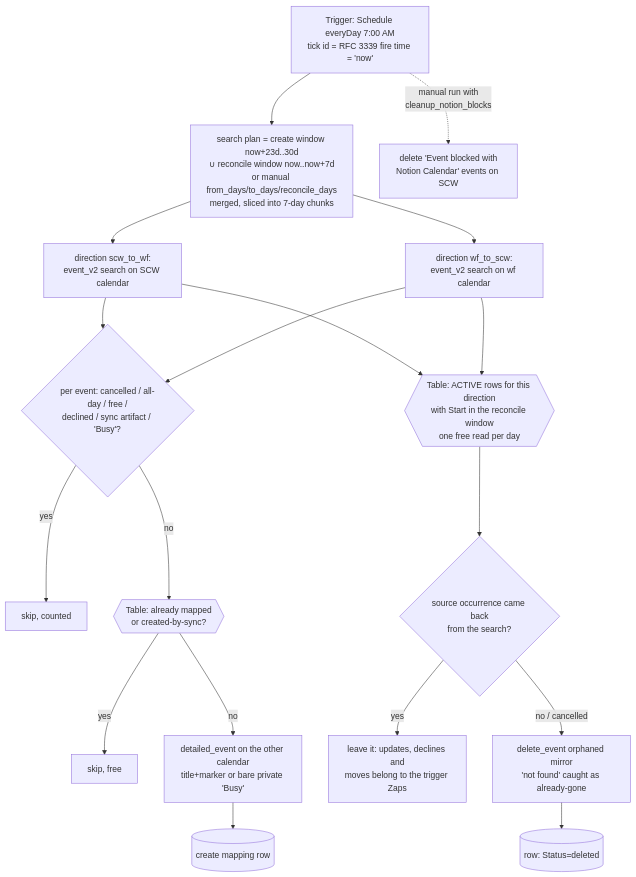
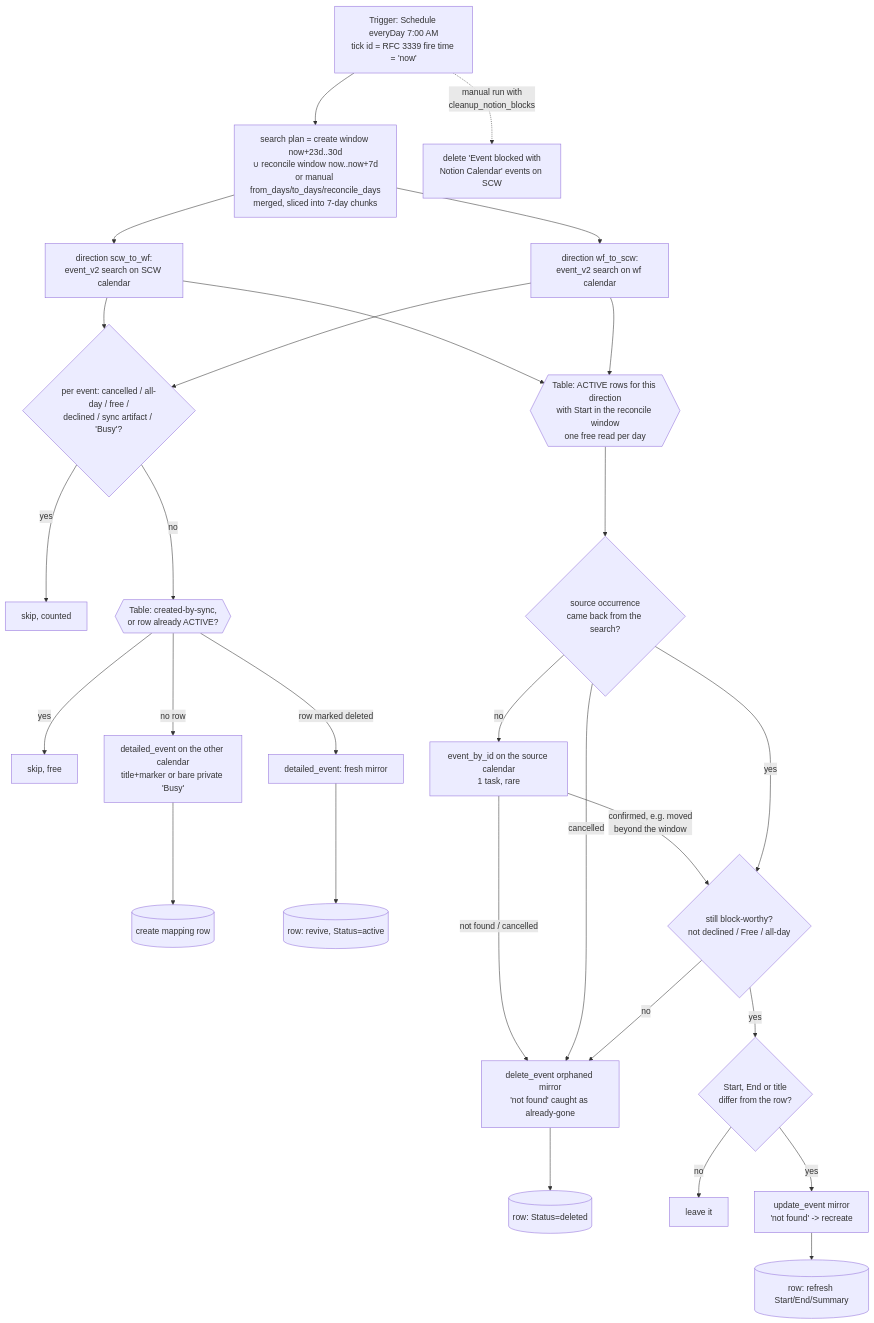
The diagram in gcal-block-sweep/README.md (work-flowers/zapier-sdk), drawn with Mermaid before and after one commit. The commit also changed other lines of this file and 6 other files, not shown here.

````diff
--- a/gcal-block-sweep/README.md
+++ b/gcal-block-sweep/README.md
@@ -9,18 +14,26 @@
 ```mermaid
 flowchart TD
     T[Trigger: Schedule everyDay 7:00 AM\ntick id = RFC 3339 fire time = 'now'] --> W[search plan = create window now+23d..30d\n∪ reconcile window now..now+7d\nor manual from_days/to_days/reconcile_days\nmerged, sliced into 7-day chunks]
     W --> D1[direction scw_to_wf:\nevent_v2 search on SCW calendar]
     W --> D2[direction wf_to_scw:\nevent_v2 search on wf calendar]
     D1 --> F{per event: cancelled / all-day / free /\ndeclined / sync artifact / 'Busy'?}
     D2 --> F
     F -- yes --> SK[skip, counted]
-    F -- no --> M{{Table: already mapped\nor created-by-sync?}}
+    F -- no --> M{{Table: created-by-sync,\nor row already ACTIVE?}}
     M -- yes --> SK2[skip, free]
-    M -- no --> CR[detailed_event on the other calendar\ntitle+marker or bare private 'Busy'] --> R[(create mapping row)]
+    M -- "no row" --> CR[detailed_event on the other calendar\ntitle+marker or bare private 'Busy'] --> R[(create mapping row)]
+    M -- "row marked deleted" --> RV[detailed_event: fresh mirror] --> RR[(row: revive, Status=active)]
     D1 --> RC{{Table: ACTIVE rows for this direction\nwith Start in the reconcile window\none free read per day}}
     D2 --> RC
-    RC --> O{source occurrence came back\nfrom the search?}
-    O -- yes --> SK3[leave it: updates, declines and\nmoves belong to the trigger Zaps]
-    O -- "no / cancelled" --> DEL[delete_event orphaned mirror\n'not found' caught as already-gone] --> RD[(row: Status=deleted)]
+    RC --> O{source occurrence\ncame back from the search?}
+    O -- no --> LK[event_by_id on the source calendar\n1 task, rare]
+    LK -- "not found / cancelled" --> DEL[delete_event orphaned mirror\n'not found' caught as already-gone] --> RD[(row: Status=deleted)]
+    LK -- "confirmed, e.g. moved\nbeyond the window" --> B
+    O -- cancelled --> DEL
+    O -- yes --> B{still block-worthy?\nnot declined / Free / all-day}
+    B -- no --> DEL
+    B -- yes --> C{Start, End or title\ndiffer from the row?}
+    C -- no --> SK3[leave it]
+    C -- yes --> UP[update_event mirror\n'not found' -> recreate] --> UR[(row: refresh Start/End/Summary)]
     T -.->|manual run with\ncleanup_notion_blocks| CL[delete 'Event blocked with\nNotion Calendar' events on SCW]
 ```
````
